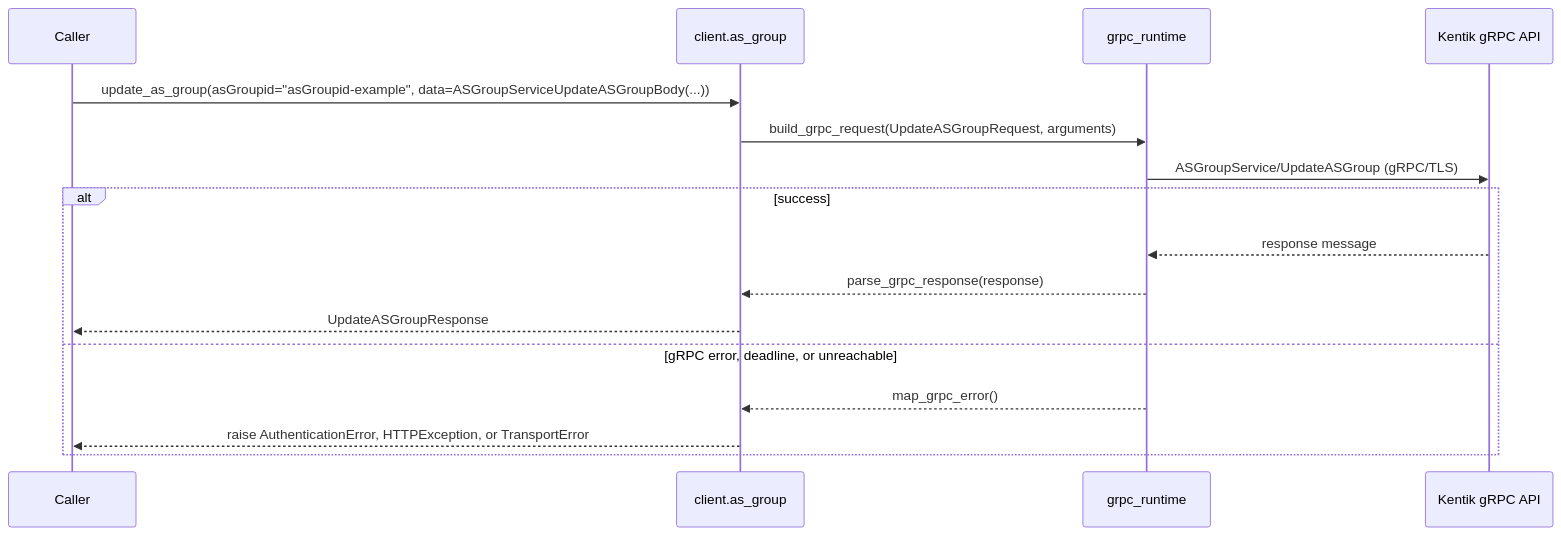
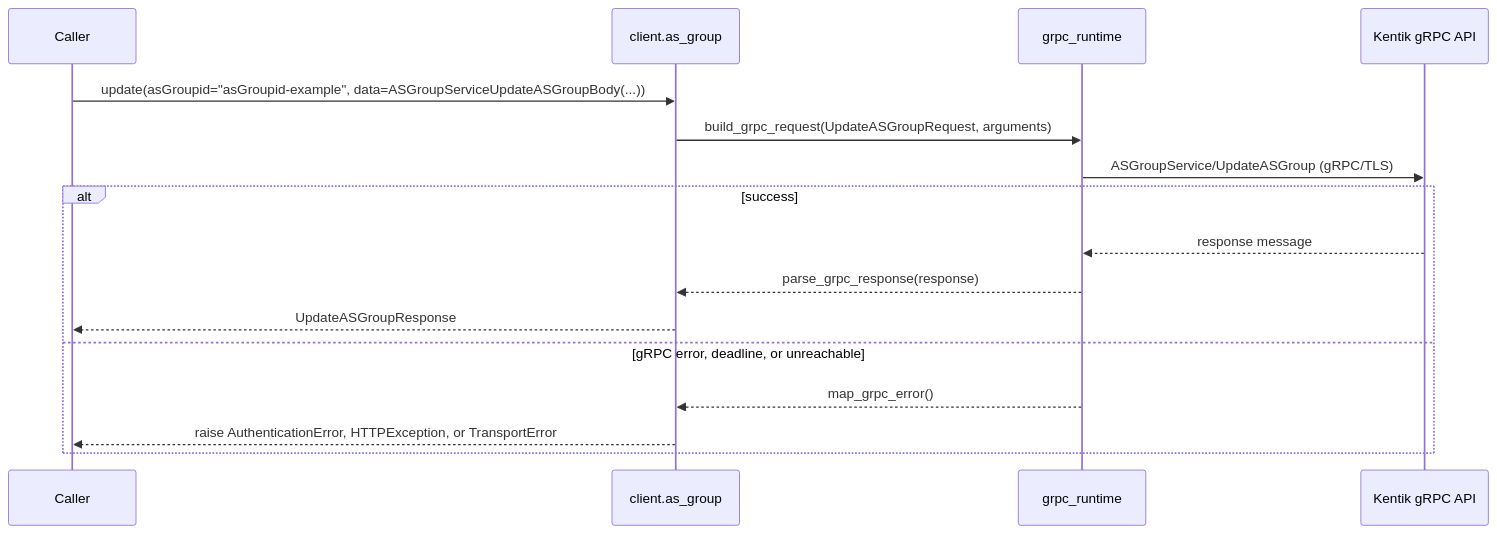
Before and after one commit to alexdearaujo/community_sdk_python: the ninth of 12 diagrams in docs/sphinx/services/as_group.md, drawn with Mermaid. The commit also changed other lines of this file and 119 other files, not shown here.

````diff
--- a/docs/sphinx/services/as_group.md
+++ b/docs/sphinx/services/as_group.md
@@ -280,19 +280,19 @@
 ```mermaid
 sequenceDiagram
     participant C as Caller
     participant W as client.as_group
     participant R as grpc_runtime
     participant API as Kentik gRPC API
 
-    C->>W: update_as_group(asGroupid="asGroupid-example", data=ASGroupServiceUpdateASGroupBody(...))
+    C->>W: update(asGroupid="asGroupid-example", data=ASGroupServiceUpdateASGroupBody(...))
     W->>R: build_grpc_request(UpdateASGroupRequest, arguments)
     R->>API: ASGroupService/UpdateASGroup (gRPC/TLS)
     alt success
         API-->>R: response message
         R-->>W: parse_grpc_response(response)
         W-->>C: UpdateASGroupResponse
     else gRPC error, deadline, or unreachable
         R-->>W: map_grpc_error()
         W-->>C: raise AuthenticationError, HTTPException, or TransportError
     end
 ```
````
